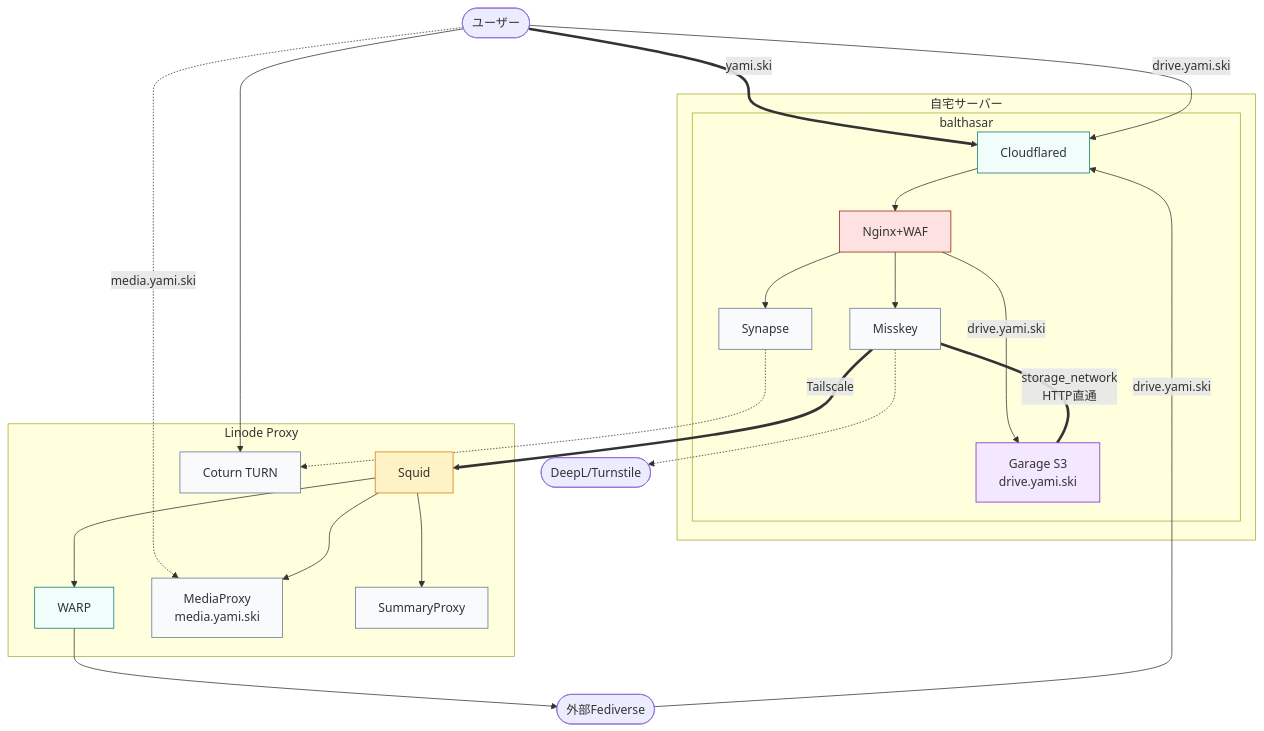
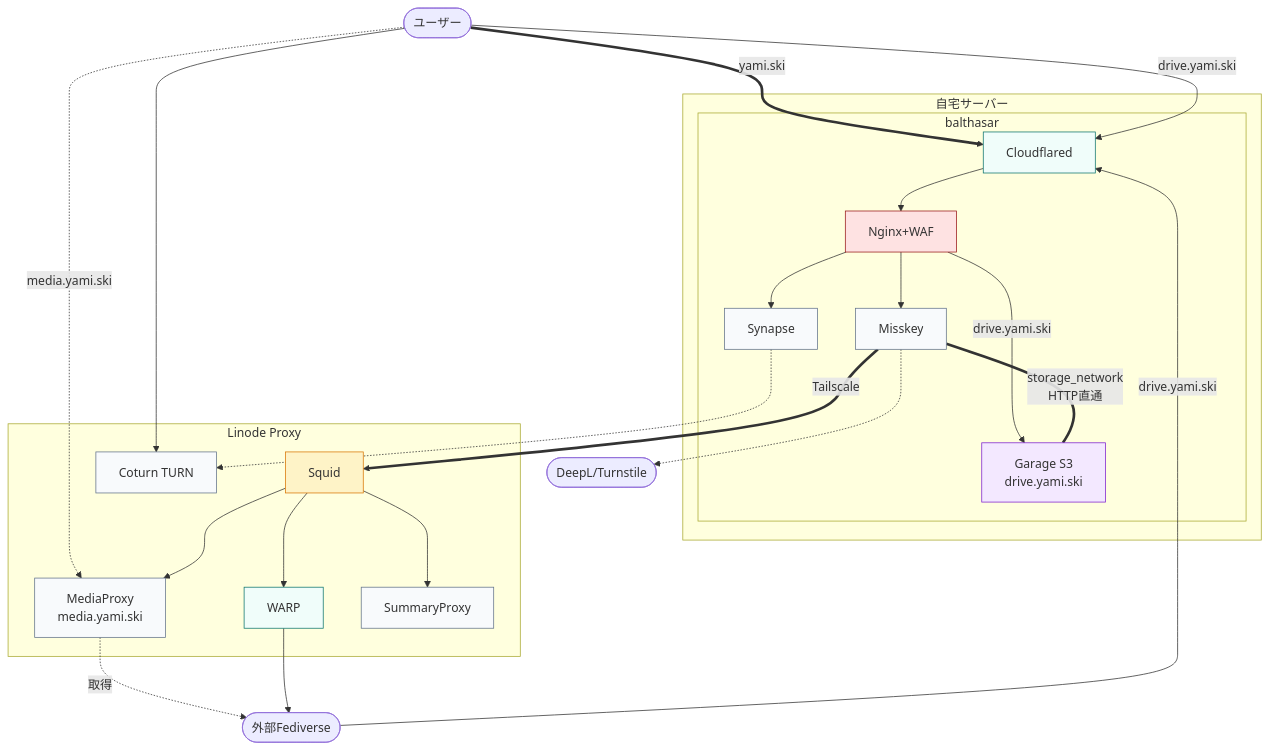
The sixth of 6 diagrams in README.md (yamisskey-dev/yamisskey-host), drawn with Mermaid before and after one commit.

Commit message:
docs: add MediaProxy → remote server fetch path
MediaProxyはリモートFediverseインスタンスの画像を中継取得する経路を追加。
自インスタンスの画像（Garage）とは無関係。

````diff
--- a/README.md
+++ b/README.md
@@ -205,55 +205,55 @@
 ```mermaid
 graph TB
     classDef cf fill:#f0fdfa,stroke:#0f766e
     classDef ts fill:#fef3c7,stroke:#d97706
     classDef sec fill:#fee2e2,stroke:#991b1b
     classDef svc fill:#f8fafc,stroke:#64748b
     classDef storage fill:#f3e8ff,stroke:#7e22ce
 
     users([ユーザー])
     federation([外部Fediverse])
     bypass([DeepL/Turnstile])
 
     subgraph linode[Linode Proxy]
         squid[Squid]:::ts
         warp[WARP]:::cf
         mediaproxy[MediaProxy<br/>media.yami.ski]:::svc
         summaryproxy[SummaryProxy]:::svc
         coturn[Coturn TURN]:::svc
     end
 
     subgraph home[自宅サーバー]
         subgraph balthasar[balthasar]
             cf_b[Cloudflared]:::cf
             nginx[Nginx+WAF]:::sec
             misskey[Misskey]:::svc
             garage[Garage S3<br/>drive.yami.ski]:::storage
             synapse[Synapse]:::svc
         end
     end
 
     %% ユーザーアクセス (yami.ski)
     users ==>|yami.ski| cf_b --> nginx --> misskey & synapse
 
     %% 画像表示 (drive.yami.ski) - ユーザー/連合がブラウザで画像取得
     users -->|drive.yami.ski| cf_b
     federation -->|drive.yami.ski| cf_b
     nginx -->|drive.yami.ski| garage
 
     %% 画像アップロード - Docker内部HTTP (storage_network)
     misskey ===|storage_network<br/>HTTP直通| garage
 
-    %% リモート画像プロキシ (media.yami.ski)
-    users -.->|media.yami.ski| mediaproxy
+    %% リモート画像プロキシ (media.yami.ski) - 他インスタンスの画像を中継
+    users -.->|media.yami.ski| mediaproxy -.->|取得| federation
 
     %% 連合通信（Squid経由）
     misskey ==>|Tailscale| squid --> warp --> federation
     squid --> mediaproxy & summaryproxy
 
     %% VoIP
     synapse -.-> coturn
     users --> coturn
 
     %% バイパス
     misskey -.-> bypass
 ```
````
